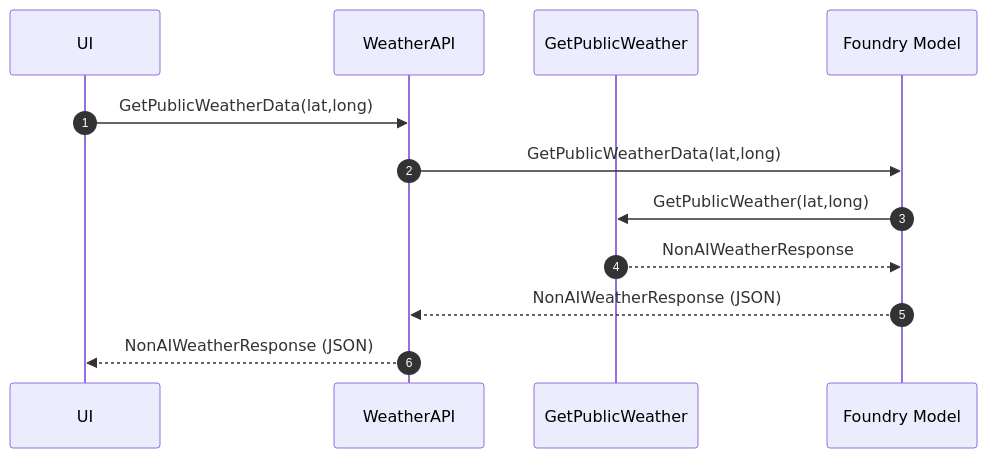
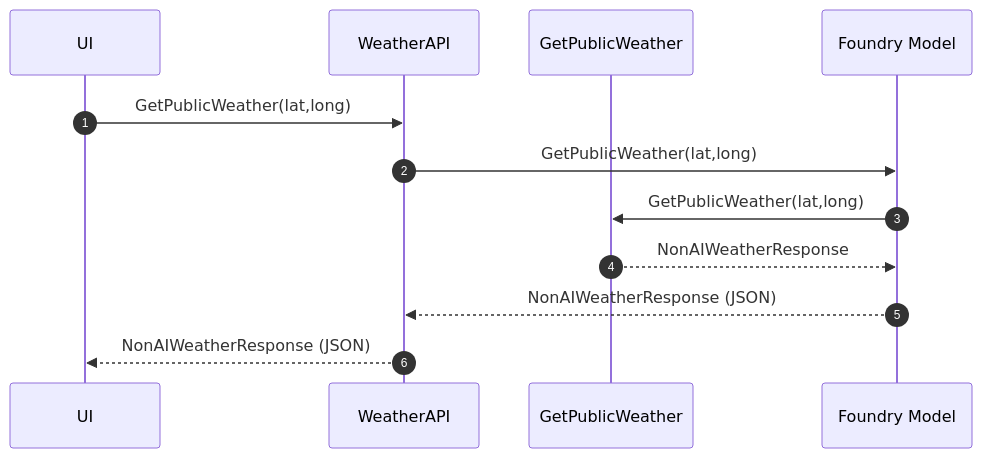
The second of 4 diagrams in docs/3-foundry-mcp/agents-models-mcp.md (dustinkorzaan/weather-1116), drawn with Mermaid before and after one commit. The commit also changed other lines of this file, not shown here.

Commit message:
Shorten diagram labels from GetPublicWeatherData to GetPublicWeather

````diff
--- a/docs/3-foundry-mcp/agents-models-mcp.md
+++ b/docs/3-foundry-mcp/agents-models-mcp.md
@@ -63,15 +63,15 @@
   ```mermaid
   sequenceDiagram
       autonumber
       participant UI
       participant API as WeatherAPI
       participant GetPublicWeather
       participant Model as Foundry Model
 
-      UI->>API: GetPublicWeatherData(lat,long)
-      API->>Model: GetPublicWeatherData(lat,long)
+      UI->>API: GetPublicWeather(lat,long)
+      API->>Model: GetPublicWeather(lat,long)
       Model->>GetPublicWeather: GetPublicWeather(lat,long)
       GetPublicWeather-->>Model: NonAIWeatherResponse
       Model-->>API: NonAIWeatherResponse (JSON)
       API-->>UI: NonAIWeatherResponse (JSON)
   ```
````
